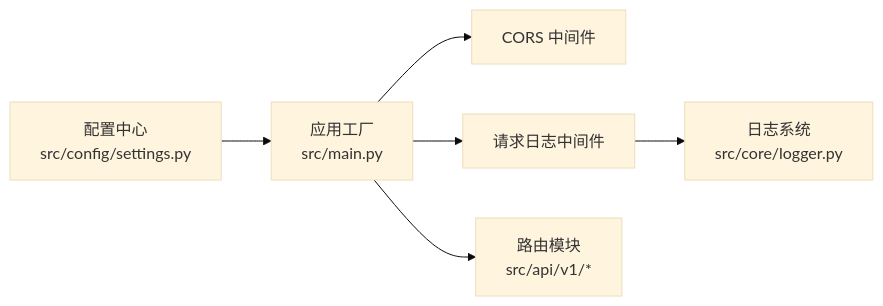
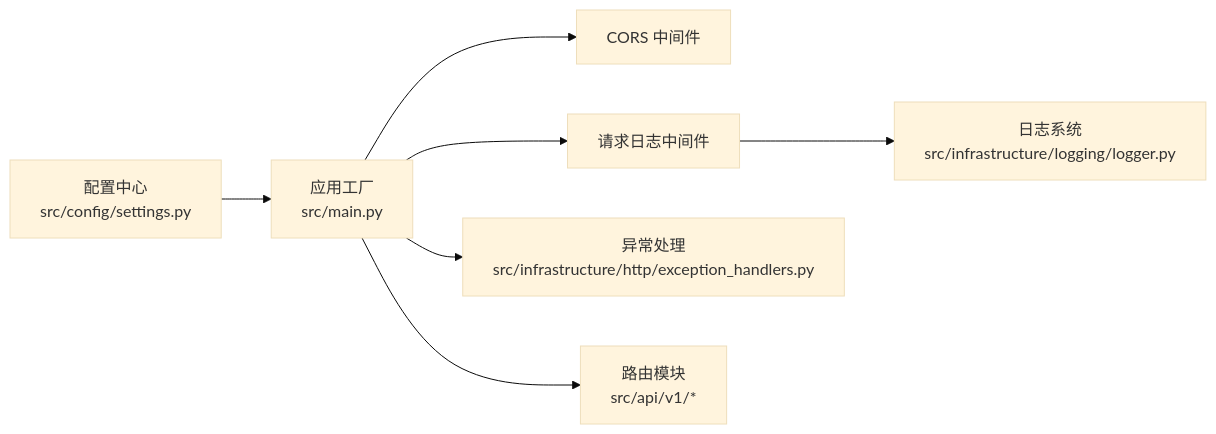
One commit to taoweidong/Hello-FastApi changed the fourth of 4 diagrams in .qoder/repowiki/zh/content/核心模块/中间件系统.md. Above: the diagram before and after it, drawn with Mermaid (base theme). The commit also changed other lines of this file and 22 other files, not shown here.

````diff
--- a/.qoder/repowiki/zh/content/核心模块/中间件系统.md
+++ b/.qoder/repowiki/zh/content/核心模块/中间件系统.md
@@ -159,8 +174,9 @@
 ```mermaid
 graph LR
 Settings["配置中心<br/>src/config/settings.py"] --> Main["应用工厂<br/>src/main.py"]
 Main --> CORS["CORS 中间件"]
 Main --> LogMW["请求日志中间件"]
-LogMW --> Logger["日志系统<br/>src/core/logger.py"]
+LogMW --> Logger["日志系统<br/>src/infrastructure/logging/logger.py"]
+Main --> ExceptionHandlers["异常处理<br/>src/infrastructure/http/exception_handlers.py"]
 Main --> Router["路由模块<br/>src/api/v1/*"]
 ```
````
